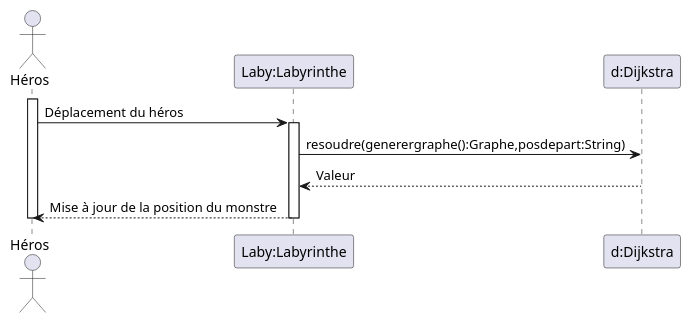
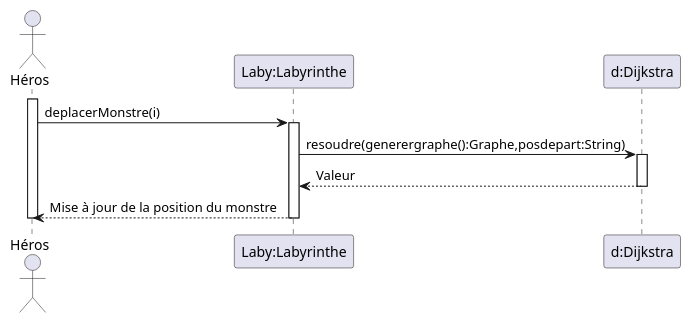
The diagram in documents/version_1/AttractionDesMonstresParLeHero.puml (Dracosxs/2022_Zeldiablo_MOUGIN_DEFOLIE_KETZINGER_KOLER), drawn with PlantUML before and after one commit. The commit also changed 1 other file, not shown here.

Commit message:
Modification des  diagrammes de sequence

```diff
--- a/documents/version_1/AttractionDesMonstresParLeHero.puml
+++ b/documents/version_1/AttractionDesMonstresParLeHero.puml
@@ -1,17 +1,19 @@
 @startuml
 
 actor Héros
 participant "Laby:Labyrinthe" as Lab
 participant "d:Dijkstra" as Dijkstra
 
 activate Héros
-Héros -> Lab: Déplacement du héros
+Héros -> Lab: deplacerMonstre(i)
 activate Lab
 Lab -> Dijkstra: resoudre(generergraphe():Graphe,posdepart:String)
+activate Dijkstra
 Dijkstra --> Lab: Valeur
+deactivate Dijkstra
 Lab --> Héros: Mise à jour de la position du monstre
 
 deactivate Lab
 deactivate Héros
 
  @enduml
```
